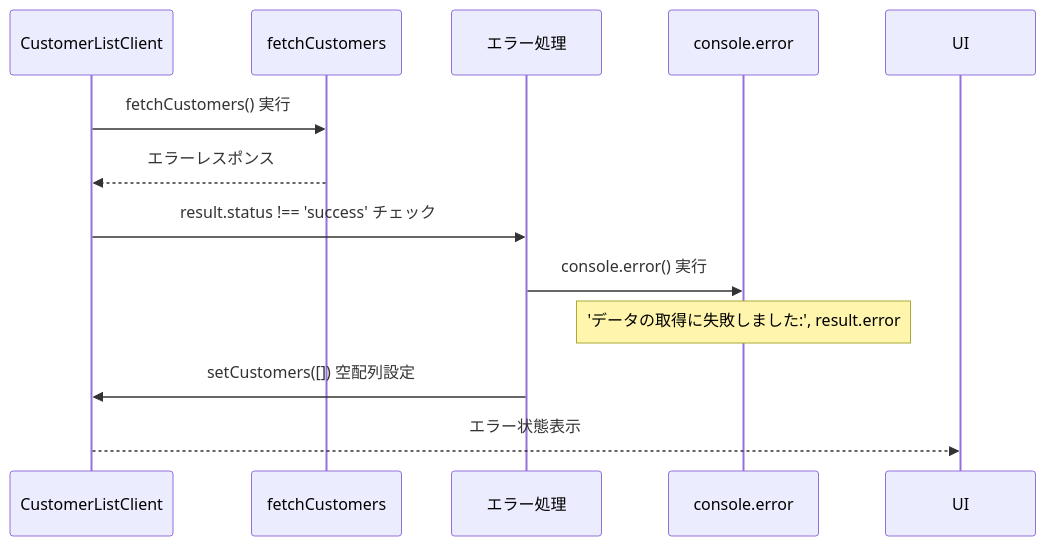
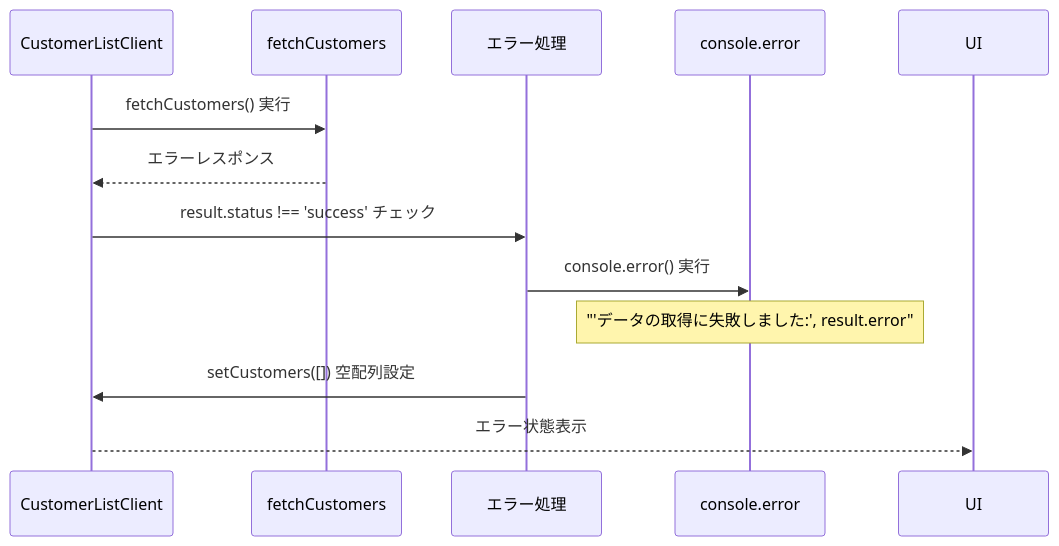
One commit to wasabi49/ocs-systemDevelopmentExercises changed diagram 11 of 11 in document/components/sequence/CustomerListClient.md. Above: the diagram before and after it, drawn with Mermaid. The commit also changed other lines of this file and 42 other files, not shown here.

First line of the commit message:
fix: mermaidシーケンス図のNote over文でダブルクォーテーション不足を修正

````diff
--- a/document/components/sequence/CustomerListClient.md
+++ b/document/components/sequence/CustomerListClient.md
@@ -263,17 +263,17 @@
 ```mermaid
 sequenceDiagram
     participant Client as CustomerListClient
     participant ServerAction as fetchCustomers
     participant Error as エラー処理
     participant Console as console.error
 
     Client->>ServerAction: fetchCustomers() 実行
     ServerAction-->>Client: エラーレスポンス
     
     Client->>Error: result.status !== 'success' チェック
     Error->>Console: console.error() 実行
-    Note over Console: 'データの取得に失敗しました:', result.error
+    Note over Console: "'データの取得に失敗しました:', result.error"
     
     Error->>Client: setCustomers([]) 空配列設定
     Client-->>UI: エラー状態表示
 ```
````
